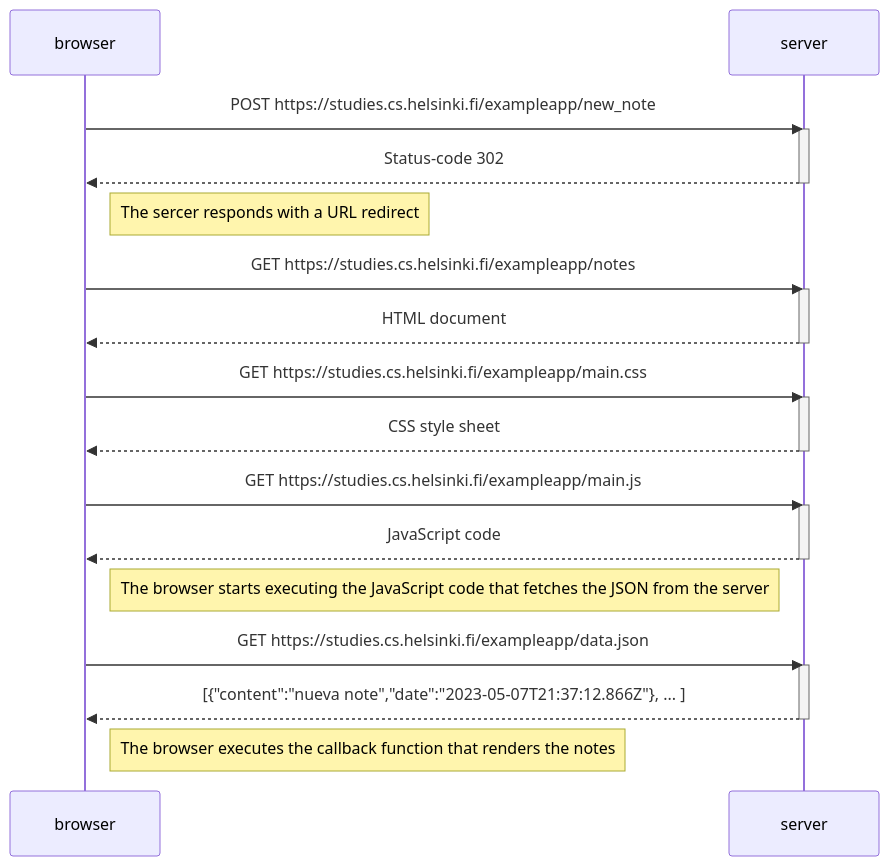
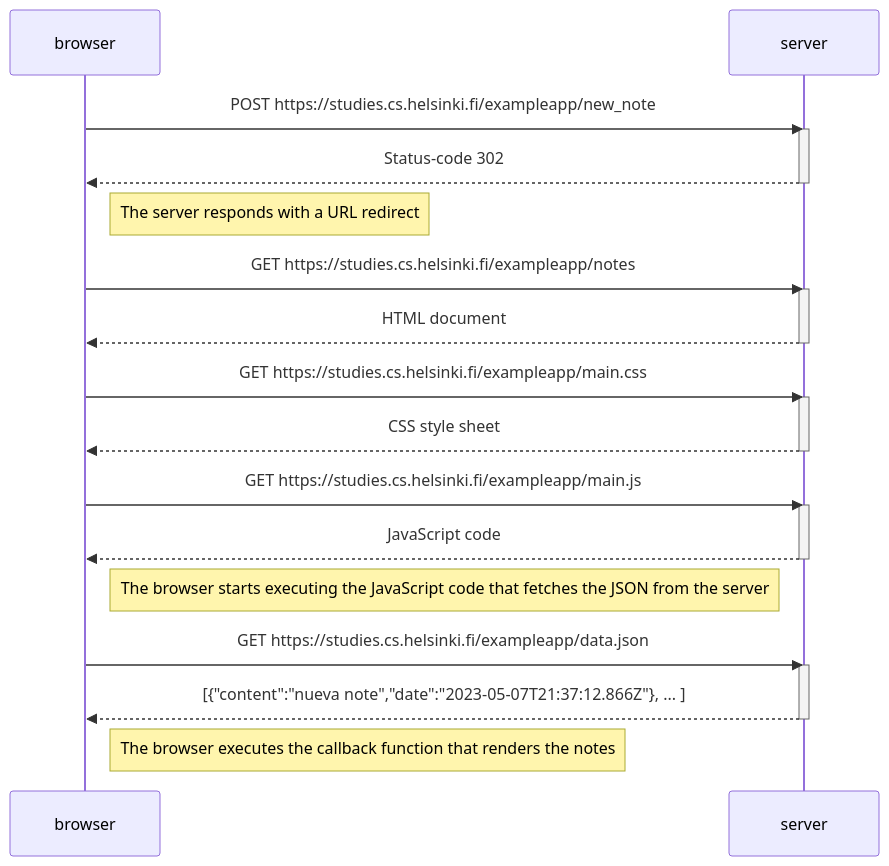
The diagram in part0/exercise0-4.md (villenattinen/fullstack-open), drawn with Mermaid before and after one commit.

````diff
--- a/part0/exercise0-4.md
+++ b/part0/exercise0-4.md
@@ -1,36 +1,36 @@
 ```mermaid
 sequenceDiagram
     participant browser
     participant server
 
     browser->>server: POST https://studies.cs.helsinki.fi/exampleapp/new_note
     activate server
     server-->>browser: Status-code 302
     deactivate server
 
-    Note right of browser: The sercer responds with a URL redirect
+    Note right of browser: The server responds with a URL redirect
 
     browser->>server: GET https://studies.cs.helsinki.fi/exampleapp/notes
     activate server
     server-->>browser: HTML document
     deactivate server
 
     browser->>server: GET https://studies.cs.helsinki.fi/exampleapp/main.css
     activate server
     server-->>browser: CSS style sheet
     deactivate server
 
     browser->>server: GET https://studies.cs.helsinki.fi/exampleapp/main.js
     activate server
     server-->>browser: JavaScript code
     deactivate server
 
     Note right of browser: The browser starts executing the JavaScript code that fetches the JSON from the server
 
     browser->>server: GET https://studies.cs.helsinki.fi/exampleapp/data.json
     activate server
     server-->>browser: [{"content":"nueva note","date":"2023-05-07T21:37:12.866Z"}, ... ]
     deactivate server
 
     Note right of browser: The browser executes the callback function that renders the notes
 ```
````
